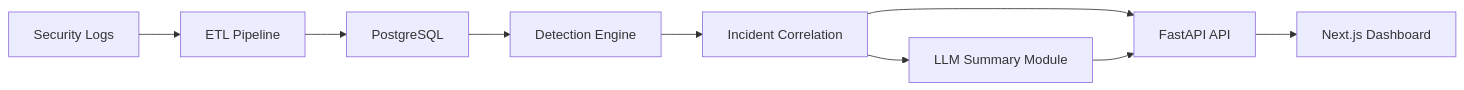
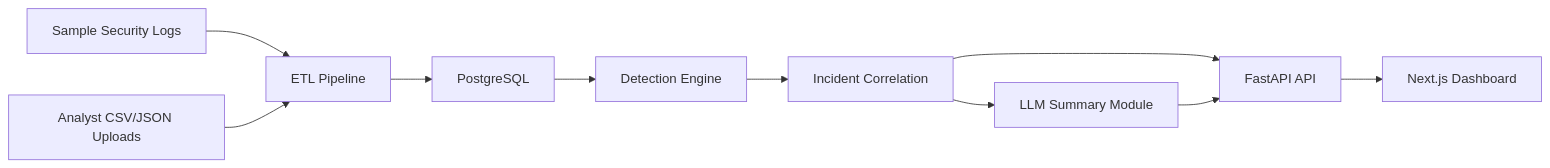
Before and after one commit to DaneB1914/Breach-Analytics-GenAi-Platform: the diagram in README.md, drawn with Mermaid. The commit also changed other lines of this file and 33 other files, not shown here.

````diff
--- a/README.md
+++ b/README.md
@@ -55,11 +55,12 @@
 ```mermaid
 flowchart LR
-    A["Security Logs"] --> B["ETL Pipeline"]
+    A["Sample Security Logs"] --> B["ETL Pipeline"]
+    U["Analyst CSV/JSON Uploads"] --> B
     B --> C["PostgreSQL"]
     C --> D["Detection Engine"]
     D --> E["Incident Correlation"]
     E --> F["FastAPI API"]
     F --> G["Next.js Dashboard"]
     E --> H["LLM Summary Module"]
     H --> F
 ```
````
